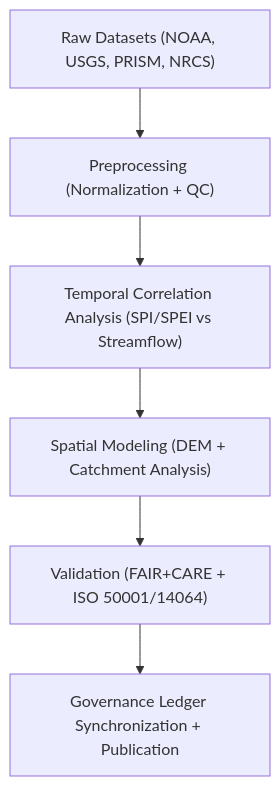
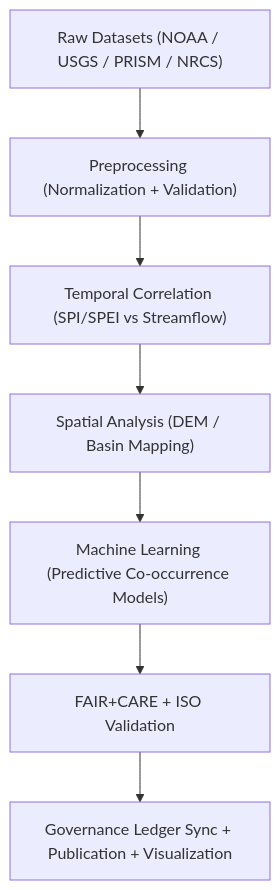
Before and after one commit to bartytime4life/Kansas-Frontier-Matrix: the first of 2 diagrams in docs/analyses/hydrology/drought-flood-correlation/methods/README.md, drawn with Mermaid. The commit also changed other lines of this file, not shown here.

````diff
--- a/docs/analyses/hydrology/drought-flood-correlation/methods/README.md
+++ b/docs/analyses/hydrology/drought-flood-correlation/methods/README.md
@@ -73,8 +79,9 @@
 ```mermaid
 flowchart TD
-A["Raw Datasets (NOAA, USGS, PRISM, NRCS)"] --> B["Preprocessing (Normalization + QC)"]
-B --> C["Temporal Correlation Analysis (SPI/SPEI vs Streamflow)"]
-C --> D["Spatial Modeling (DEM + Catchment Analysis)"]
-D --> E["Validation (FAIR+CARE + ISO 50001/14064)"]
-E --> F["Governance Ledger Synchronization + Publication"]
+A["Raw Datasets (NOAA / USGS / PRISM / NRCS)"] --> B["Preprocessing (Normalization + Validation)"]
+B --> C["Temporal Correlation (SPI/SPEI vs Streamflow)"]
+C --> D["Spatial Analysis (DEM / Basin Mapping)"]
+D --> E["Machine Learning (Predictive Co-occurrence Models)"]
+E --> F["FAIR+CARE + ISO Validation"]
+F --> G["Governance Ledger Sync + Publication + Visualization"]
 ```
````
